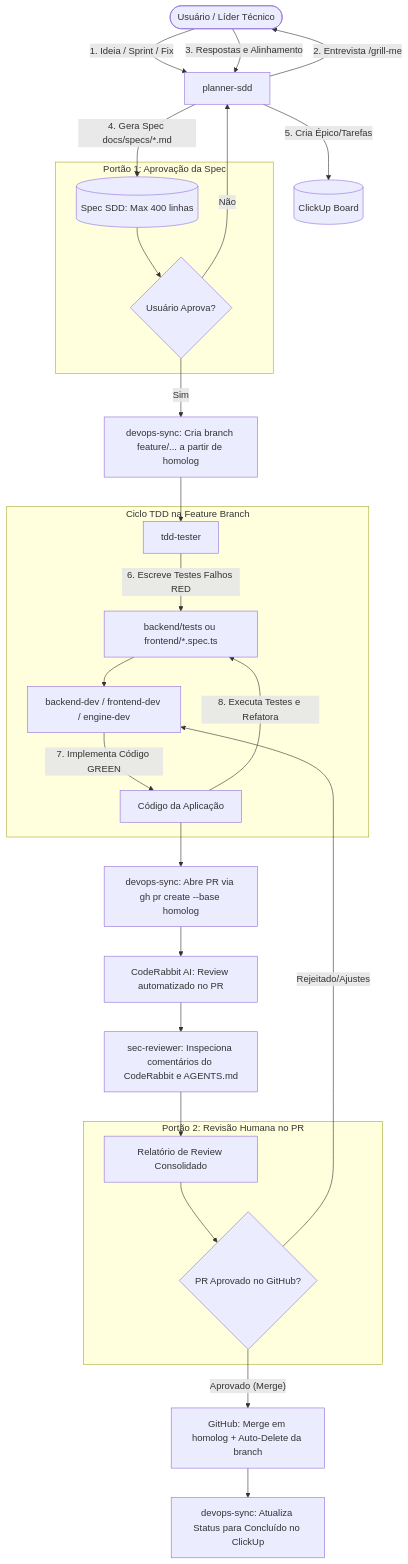
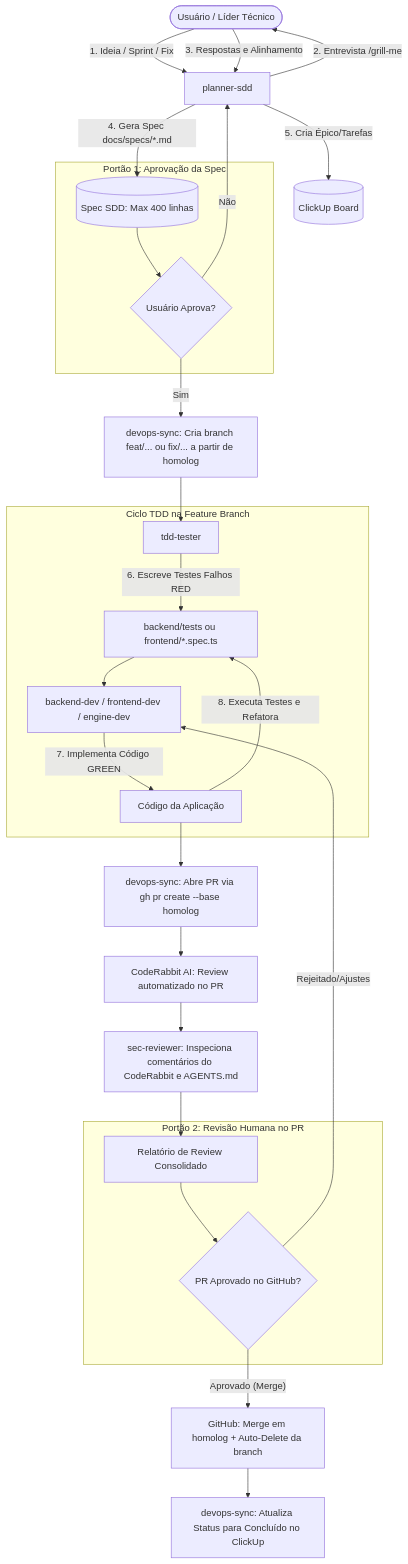
One commit to ValdVdC/Fabrica-de-Software-Gerenciador-de-salas changed the diagram in .agent/workflows/sdd-cycle.md. Above: the diagram before and after it, drawn with Mermaid. The commit also changed other lines of this file and 6 other files, not shown here.

````diff
--- a/.agent/workflows/sdd-cycle.md
+++ b/.agent/workflows/sdd-cycle.md
@@ -9,37 +9,37 @@
 ```mermaid
 flowchart TD
     User([Usuário / Líder Técnico]) -->|1. Ideia / Sprint / Fix| Planner[planner-sdd]
     Planner -->|2. Entrevista /grill-me| User
     User -->|3. Respostas e Alinhamento| Planner
     Planner -->|4. Gera Spec docs/specs/*.md| Spec[(Spec SDD: Max 400 linhas)]
     Planner -->|5. Cria Épico/Tarefas| ClickUp[(ClickUp Board)]
     
     subgraph Gate1 [Portão 1: Aprovação da Spec]
         Spec --> UserApproval1{Usuário Aprova?}
     end
     
     UserApproval1 -- Não --> Planner
-    UserApproval1 -- Sim --> DevOpsBranch[devops-sync: Cria branch feature/... a partir de homolog]
+    UserApproval1 -- Sim --> DevOpsBranch[devops-sync: Cria branch feat/... ou fix/... a partir de homolog]
     DevOpsBranch --> Tester[tdd-tester]
     
     subgraph TDD_Cycle [Ciclo TDD na Feature Branch]
         Tester -->|6. Escreve Testes Falhos RED| TestSuite[backend/tests ou frontend/*.spec.ts]
         TestSuite --> Dev[backend-dev / frontend-dev / engine-dev]
         Dev -->|7. Implementa Código GREEN| Codebase[Código da Aplicação]
         Codebase -->|8. Executa Testes e Refatora| TestSuite
     end
     
     Codebase --> OpenPR[devops-sync: Abre PR via gh pr create --base homolog]
     OpenPR --> AIRabbit[CodeRabbit AI: Review automatizado no PR]
     AIRabbit --> SecReview[sec-reviewer: Inspeciona comentários do CodeRabbit e AGENTS.md]
     SecReview --> AuditReport[Relatório de Review Consolidado]
     
     subgraph Gate2 [Portão 2: Revisão Humana no PR]
         AuditReport --> UserApproval2{PR Aprovado no GitHub?}
     end
     
     UserApproval2 -- Rejeitado/Ajustes --> Dev
     UserApproval2 -- Aprovado (Merge) --> AutoDelete[GitHub: Merge em homolog + Auto-Delete da branch]
     
     AutoDelete --> FinalSync[devops-sync: Atualiza Status para Concluído no ClickUp]
 ```
````
